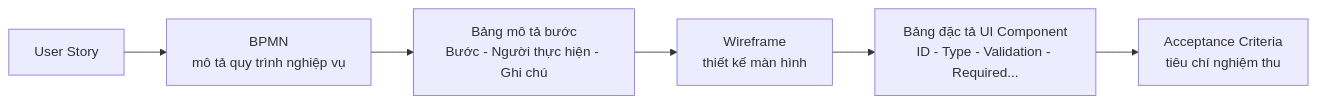
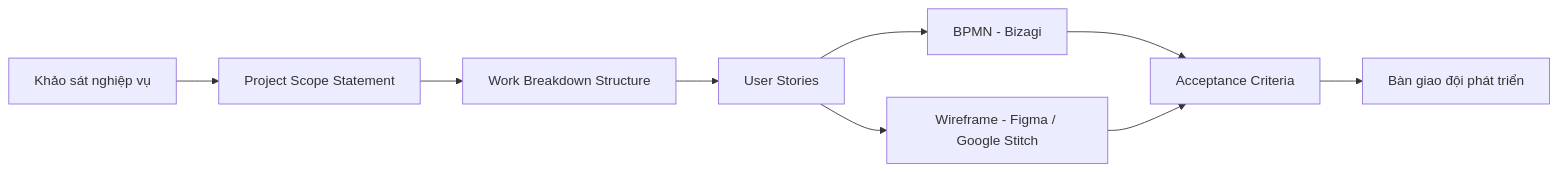
Before and after one commit to QAnh299/Studio-STARGAZER: the third of 3 diagrams in README.md, drawn with Mermaid. The commit also changed other lines of this file, not shown here.

````diff
--- a/README.md
+++ b/README.md
@@ -86,8 +72,11 @@
 ```mermaid
 flowchart LR
-    A[User Story] --> B[BPMN<br/>mô tả quy trình nghiệp vụ]
-    B --> C[Bảng mô tả bước<br/>Bước - Người thực hiện - Ghi chú]
-    C --> D[Wireframe<br/>thiết kế màn hình]
-    D --> E[Bảng đặc tả UI Component<br/>ID - Type - Validation - Required...]
-    E --> F[Acceptance Criteria<br/>tiêu chí nghiệm thu]
+    A[Khảo sát nghiệp vụ] --> B[Project Scope Statement]
+    B --> C[Work Breakdown Structure]
+    C --> D[User Stories]
+    D --> E[BPMN - Bizagi]
+    D --> F[Wireframe - Figma / Google Stitch]
+    E --> G[Acceptance Criteria]
+    F --> G
+    G --> H[Bàn giao đội phát triển]
 ```
````
